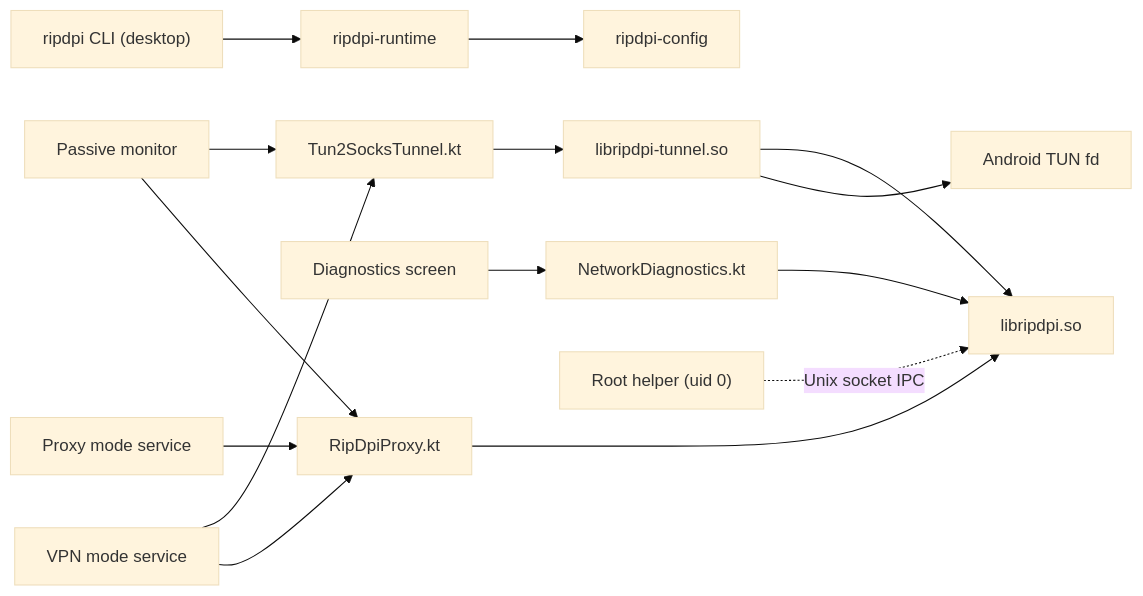
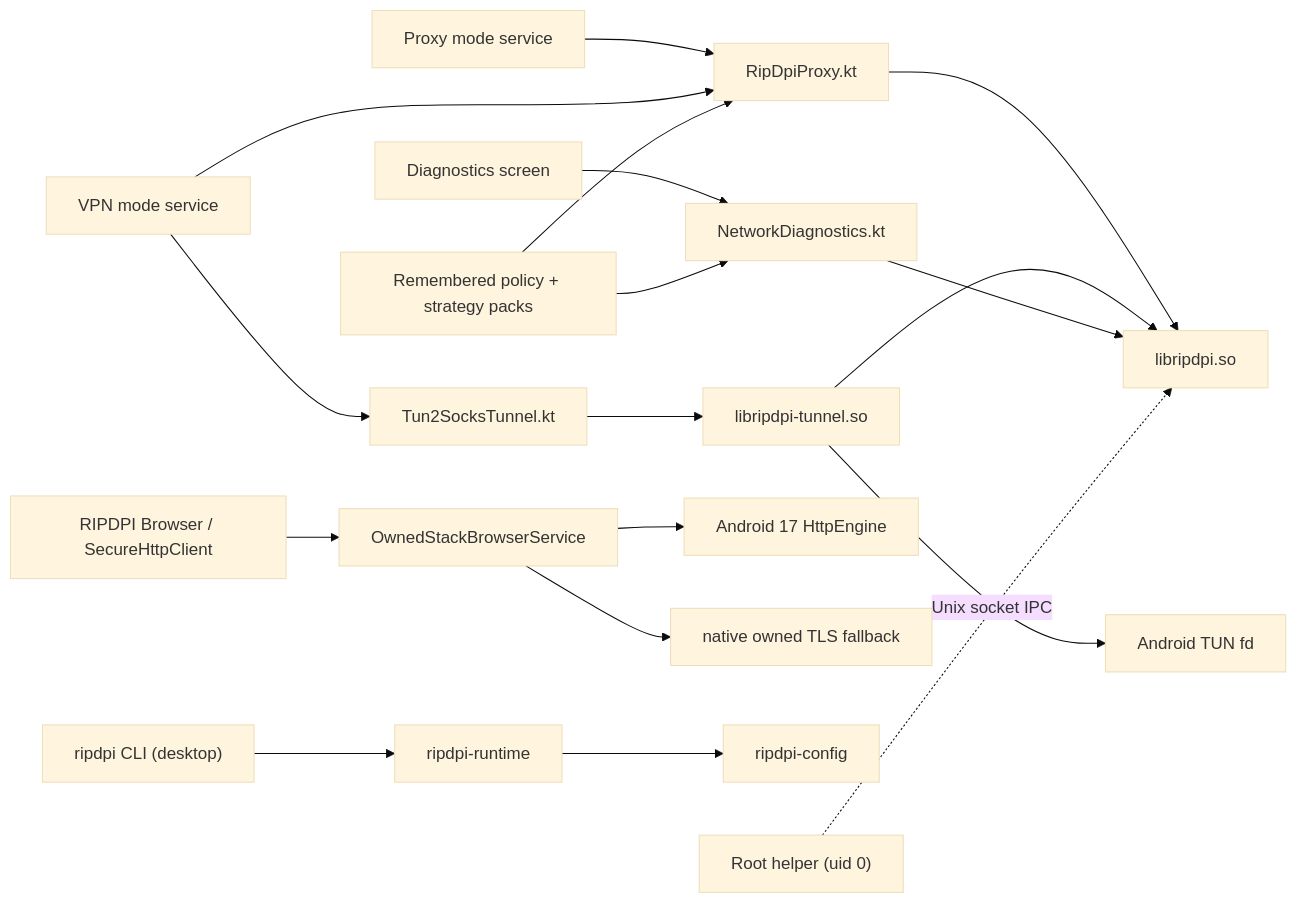
One commit to po4yka/RIPDPI changed the first of 4 diagrams in docs/native/README.md. Above: the diagram before and after it, drawn with Mermaid (base theme). The commit also changed other lines of this file and 6 other files, not shown here.

Commit message:
docs: refresh architecture and feature docs

````diff
--- a/docs/native/README.md
+++ b/docs/native/README.md
@@ -65,17 +65,20 @@
 ```mermaid
 flowchart LR
   A["Proxy mode service"] --> B["RipDpiProxy.kt"]
   C["VPN mode service"] --> B
+  C --> E["Tun2SocksTunnel.kt"]
+  H["Diagnostics screen"] --> I["NetworkDiagnostics.kt"]
+  J["RIPDPI Browser / SecureHttpClient"] --> K["OwnedStackBrowserService"]
+  L["Remembered policy + strategy packs"] --> B
+  L --> I
   B --> D["libripdpi.so"]
-  C --> E["Tun2SocksTunnel.kt"]
   E --> F["libripdpi-tunnel.so"]
   F --> G["Android TUN fd"]
   F --> D
-  H["Diagnostics screen"] --> I["NetworkDiagnostics.kt"]
   I --> D
-  J["Passive monitor"] --> B
-  J --> E
-  K["ripdpi CLI (desktop)"] --> L["ripdpi-runtime"]
-  L --> M["ripdpi-config"]
-  N["Root helper (uid 0)"] -.->|Unix socket IPC| D
+  K --> M["Android 17 HttpEngine"]
+  K --> N["native owned TLS fallback"]
+  O["ripdpi CLI (desktop)"] --> P["ripdpi-runtime"]
+  P --> Q["ripdpi-config"]
+  R["Root helper (uid 0)"] -.->|Unix socket IPC| D
 ```
````
